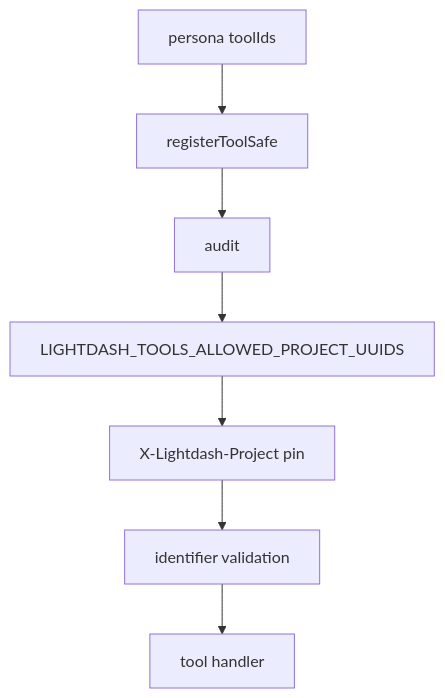
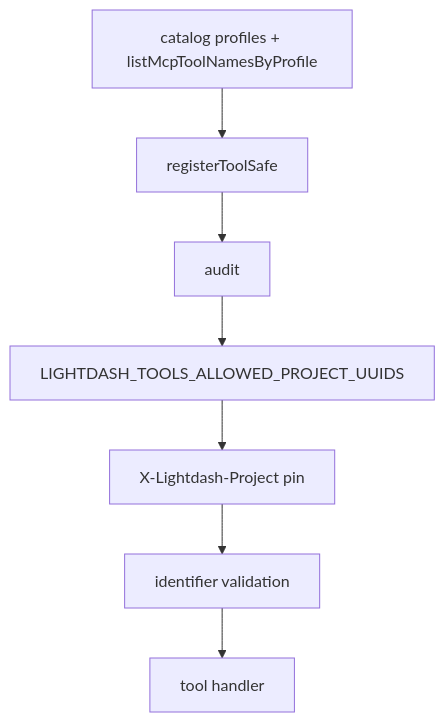
One commit to yu-iskw/lightdash-tools changed the diagram in docs/adr/0008-mcp-request-scope-and-hardening.md. Above: the diagram before and after it, drawn with Mermaid. The commit also changed other lines of this file and 33 other files, not shown here.

````diff
--- a/docs/adr/0008-mcp-request-scope-and-hardening.md
+++ b/docs/adr/0008-mcp-request-scope-and-hardening.md
@@ -39,9 +37,9 @@
 ```mermaid
 flowchart TD
-  persona[persona toolIds] --> reg[registerToolSafe]
+  catalog["catalog profiles + listMcpToolNamesByProfile"] --> reg[registerToolSafe]
   reg --> audit[audit]
   audit --> allowlist[LIGHTDASH_TOOLS_ALLOWED_PROJECT_UUIDS]
   allowlist --> pin[X-Lightdash-Project pin]
   pin --> validate[identifier validation]
   validate --> handler[tool handler]
 ```
````
